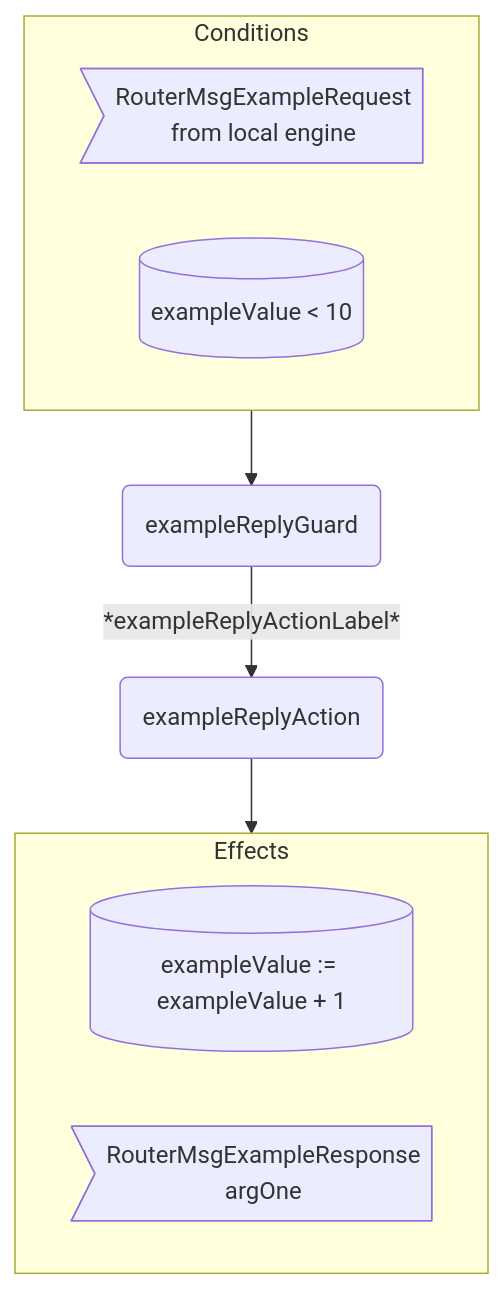
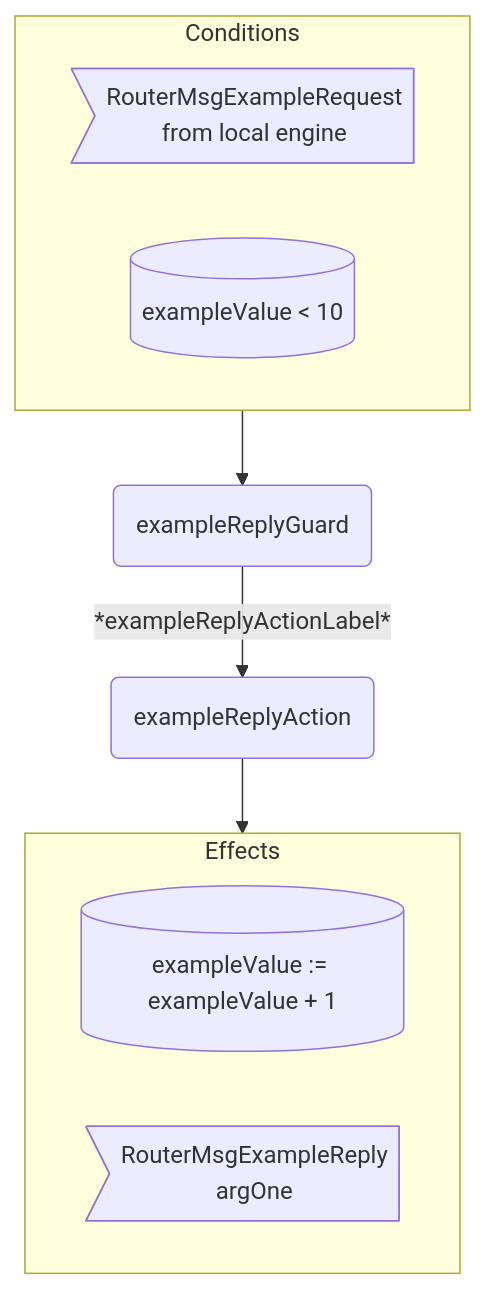
Before and after one commit to anoma/nspec: the diagram in docs/arch/node/net/router_behaviour.juvix.md, drawn with Mermaid. The commit also changed other lines of this file and 37 other files, not shown here.

Commit message:
Renamed all instances of "Response" to "Reply" in message interfaces for consistency across commitment, decryption, identity management, and other engines.

````diff
--- a/docs/arch/node/net/router_behaviour.juvix.md
+++ b/docs/arch/node/net/router_behaviour.juvix.md
@@ -310,17 +310,17 @@
 ```mermaid
 flowchart TD
   subgraph C[Conditions]
     CMsg>RouterMsgExampleRequest<br/>from local engine]
     CEnv[(exampleValue < 10)]
   end
 
   G(exampleReplyGuard)
   A(exampleReplyAction)
 
   C --> G -- *exampleReplyActionLabel* --> A --> E
 
   subgraph E[Effects]
     EEnv[(exampleValue := exampleValue + 1)]
-    EMsg>RouterMsgExampleResponse<br/>argOne]
+    EMsg>RouterMsgExampleReply<br/>argOne]
   end
 ```
````
